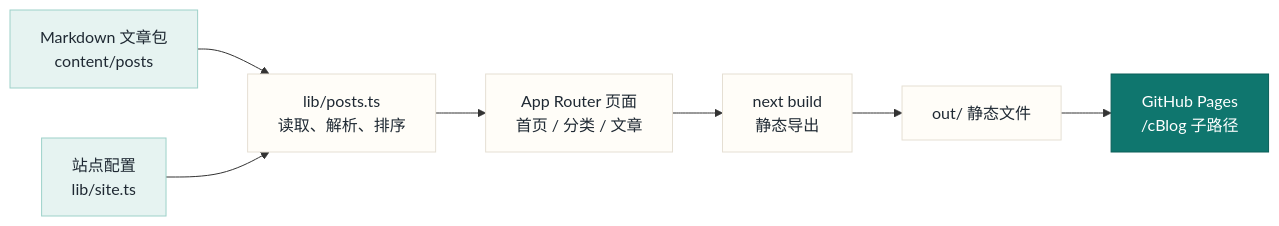
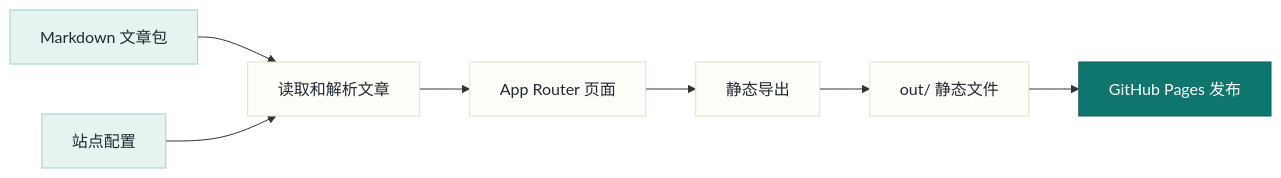
Before and after one commit to Lee-NG915/cBlog: the first of 5 diagrams in content/posts/technical/2025/nextjs-blog-setup/index.md, drawn with Mermaid. The commit also changed other lines of this file and 1 other file, not shown here.

Commit message:
refactor: improve Mermaid diagram rendering logic and update Markdown examples for clarity

````diff
--- a/content/posts/technical/2025/nextjs-blog-setup/index.md
+++ b/content/posts/technical/2025/nextjs-blog-setup/index.md
@@ -33,16 +33,16 @@
 ```mermaid
 flowchart LR
-  A["Markdown 文章包<br/>content/posts"] --> B["lib/posts.ts<br/>读取、解析、排序"]
-  C["站点配置<br/>lib/site.ts"] --> B
-  B --> D["App Router 页面<br/>首页 / 分类 / 文章"]
-  D --> E["next build<br/>静态导出"]
+  A["Markdown 文章包"] --> B["读取和解析文章"]
+  C["站点配置"] --> B
+  B --> D["App Router 页面"]
+  D --> E["静态导出"]
   E --> F["out/ 静态文件"]
-  F --> G["GitHub Pages<br/>/cBlog 子路径"]
+  F --> G["GitHub Pages 发布"]
 
   classDef source fill:#E6F3F1,stroke:#9DD1C9,color:#1F2933;
   classDef build fill:#FFFDF8,stroke:#E5DFD3,color:#1F2933;
   classDef deploy fill:#0F766E,stroke:#0B5F59,color:#FFFFFF;
   class A,C source;
   class B,D,E,F build;
   class G deploy;
 ```
````
